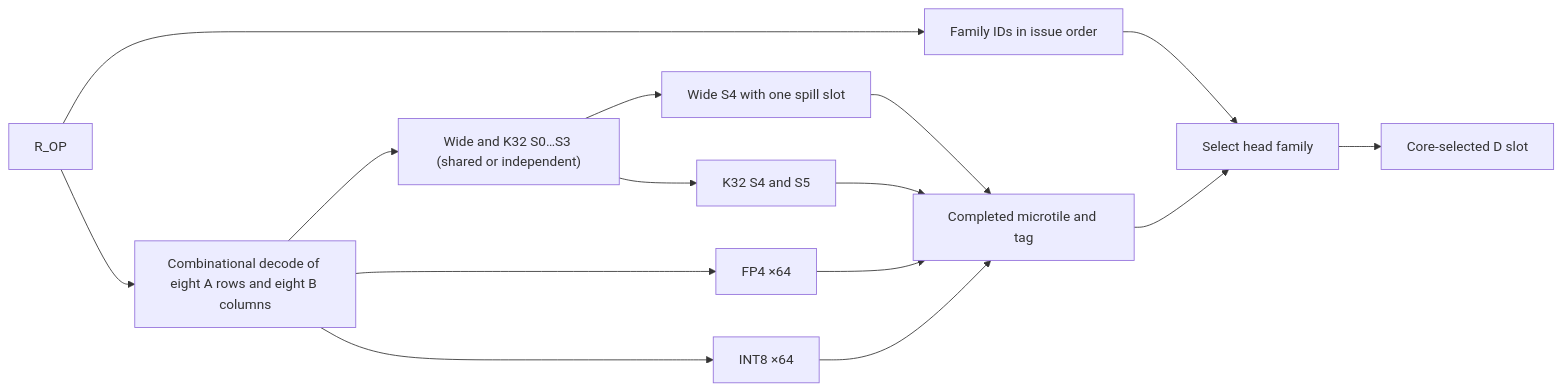
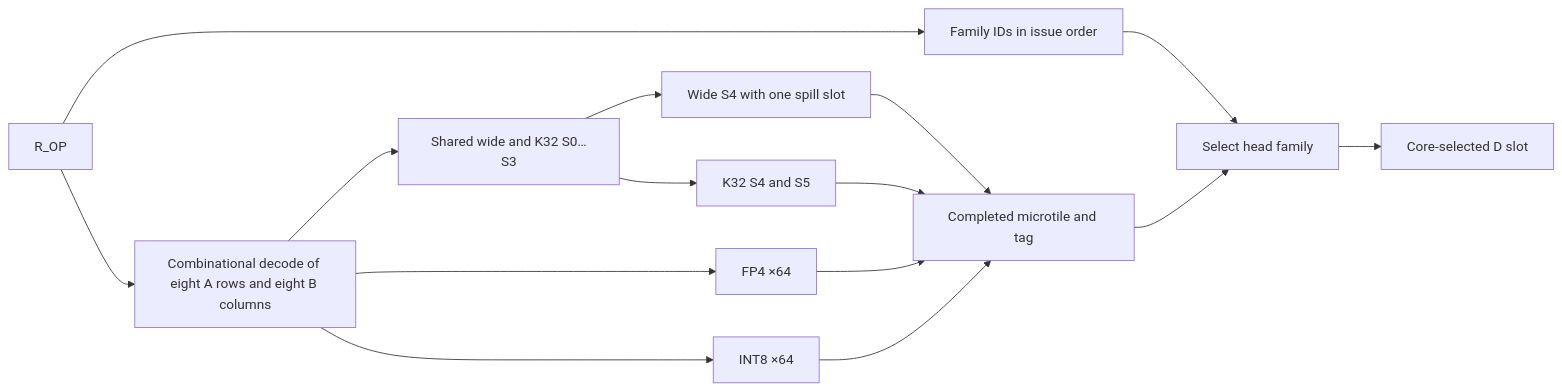
The diagram in doc/rtl_specs/tensor_core/blackwell_tc_dot_array.md (yuhin777/Allegro), drawn with Mermaid before and after one commit. The commit also changed other lines of this file and 8 other files, not shown here.

````diff
--- a/doc/rtl_specs/tensor_core/blackwell_tc_dot_array.md
+++ b/doc/rtl_specs/tensor_core/blackwell_tc_dot_array.md
@@ -16,13 +16,13 @@
 ```mermaid
 flowchart LR
     OP[R_OP] --> AD["Combinational decode of eight A rows and eight B columns"]
-    AD --> FP["Wide and K32 S0…S3 (shared or independent)"]
+    AD --> FP["Shared wide and K32 S0…S3"]
     FP --> W["Wide S4 with one spill slot"]
     FP --> K["K32 S4 and S5"]
     AD --> M[FP4 ×64]
     AD --> I[INT8 ×64]
     W & K & M & I --> D["Completed microtile and tag"]
     OP --> Q["Family IDs in issue order"]
     Q --> SEL["Select head family"]
     D --> SEL --> SLOT["Core-selected D slot"]
 ```
````
